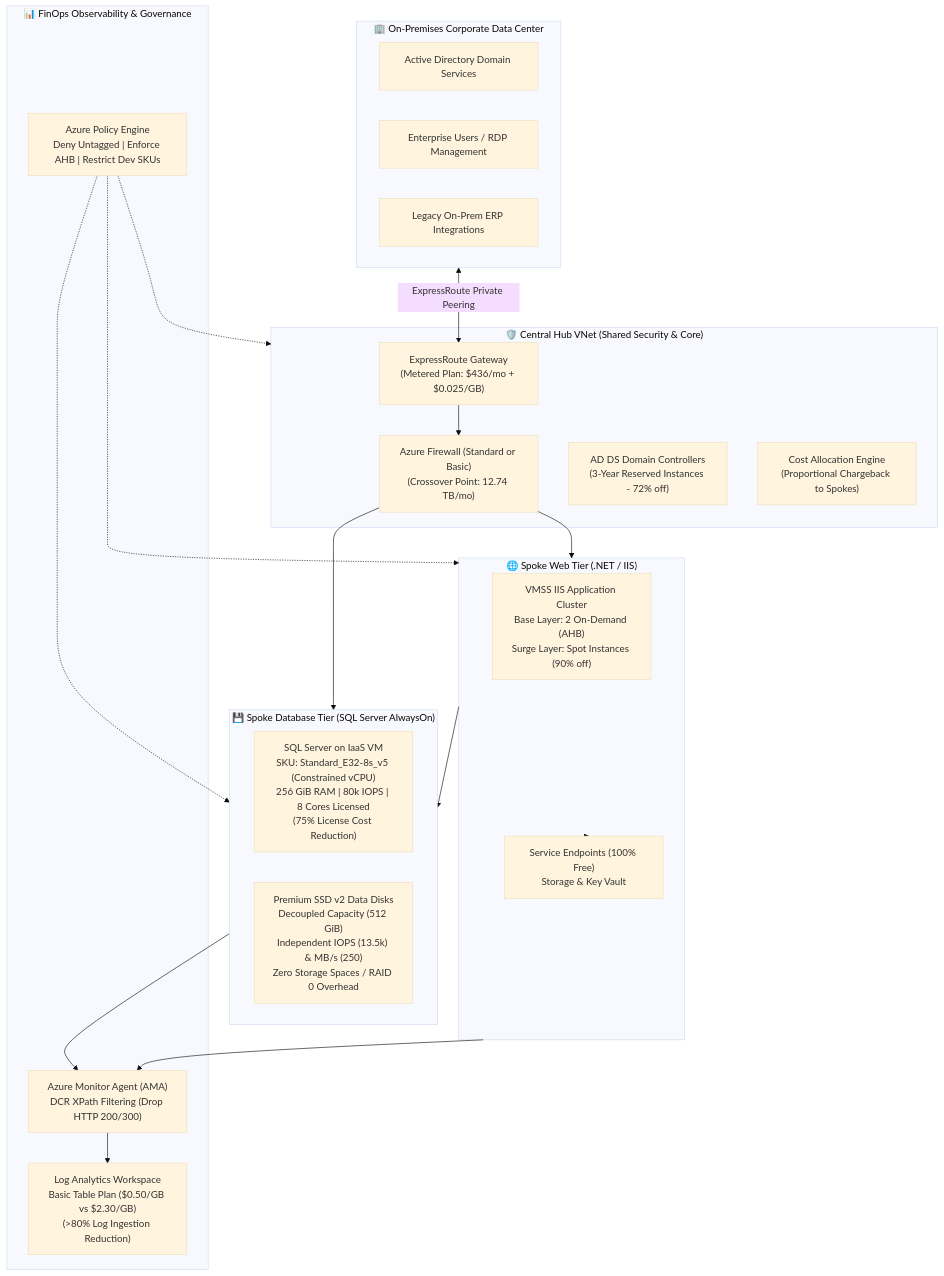
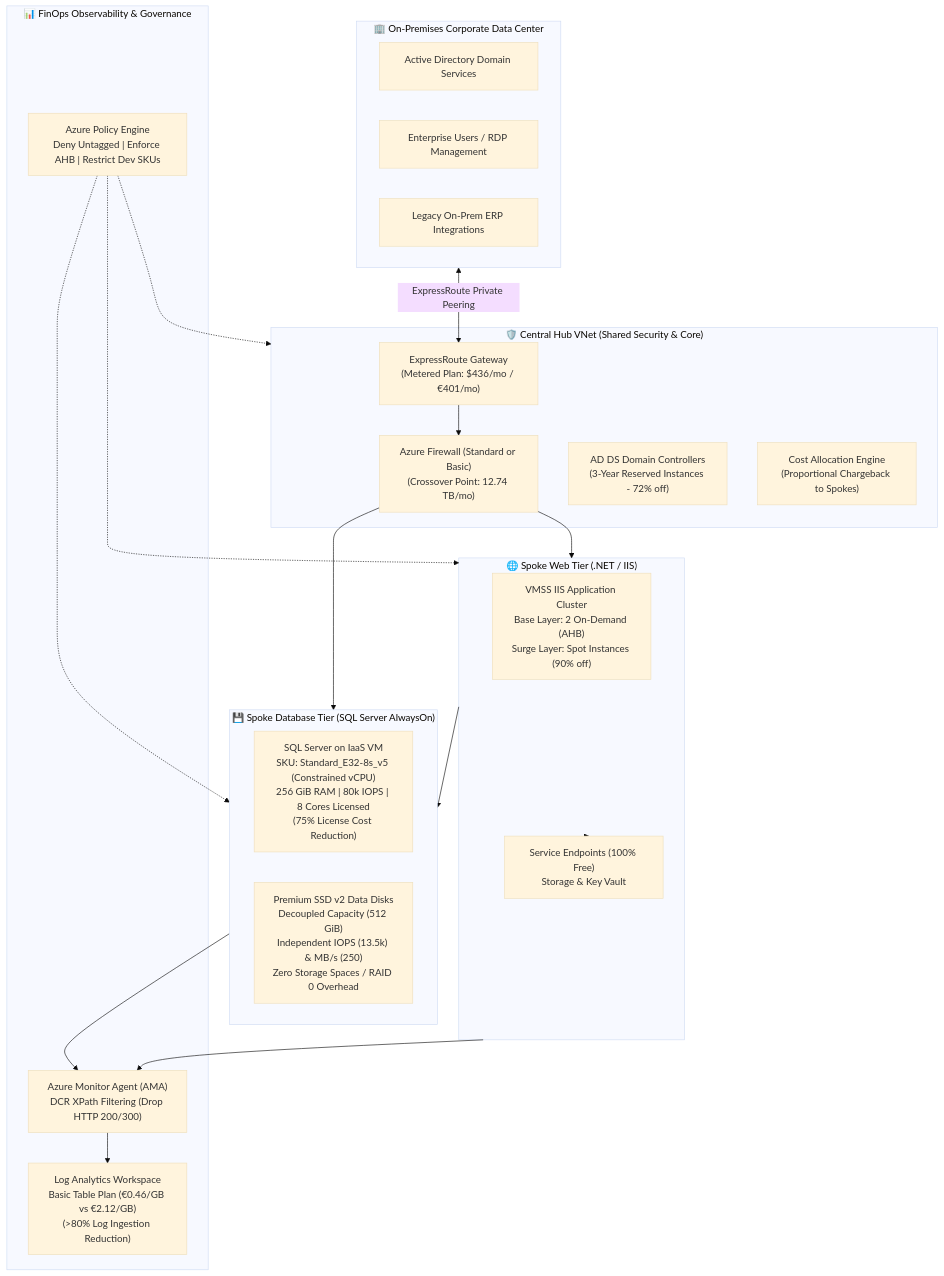
One commit to nubenetes/azure-hybrid-iaas-finops-framework changed the diagram in README.md. Above: the diagram before and after it, drawn with Mermaid (base theme). The commit also changed other lines of this file and 5 other files, not shown here.

````diff
--- a/README.md
+++ b/README.md
@@ -57,44 +57,44 @@
 ```mermaid
 flowchart TD
     subgraph OnPrem["🏢 On-Premises Corporate Data Center"]
         LocalAD["Active Directory Domain Services"]
         LocalClients["Enterprise Users / RDP Management"]
         LocalApp["Legacy On-Prem ERP Integrations"]
     end
 
     subgraph Hub["🛡️ Central Hub VNet (Shared Security & Core)"]
-        ERGW["ExpressRoute Gateway<br/>(Metered Plan: $436/mo + $0.025/GB)"]
+        ERGW["ExpressRoute Gateway<br/>(Metered Plan: $436/mo / €401/mo)"]
         FW["Azure Firewall (Standard or Basic)<br/>(Crossover Point: 12.74 TB/mo)"]
         ADReplicas["AD DS Domain Controllers<br/>(3-Year Reserved Instances - 72% off)"]
         CostAlloc["Cost Allocation Engine<br/>(Proportional Chargeback to Spokes)"]
     end
 
     subgraph SpokeWeb["🌐 Spoke Web Tier (.NET / IIS)"]
         VMSS["VMSS IIS Application Cluster<br/>Base Layer: 2 On-Demand (AHB)<br/>Surge Layer: Spot Instances (90% off)"]
         SvcEndP1["Service Endpoints (100% Free)<br/>Storage & Key Vault"]
     end
 
     subgraph SpokeDB["💾 Spoke Database Tier (SQL Server AlwaysOn)"]
         SQLVM["SQL Server on IaaS VM<br/>SKU: Standard_E32-8s_v5 (Constrained vCPU)<br/>256 GiB RAM | 80k IOPS | 8 Cores Licensed<br/>(75% License Cost Reduction)"]
         SSDV2["Premium SSD v2 Data Disks<br/>Decoupled Capacity (512 GiB)<br/>Independent IOPS (13.5k) & MB/s (250)<br/>Zero Storage Spaces / RAID 0 Overhead"]
     end
 
     subgraph Observability["📊 FinOps Observability & Governance"]
         AMA["Azure Monitor Agent (AMA)<br/>DCR XPath Filtering (Drop HTTP 200/300)"]
-        BasicTable["Log Analytics Workspace<br/>Basic Table Plan ($0.50/GB vs $2.30/GB)<br/>(>80% Log Ingestion Reduction)"]
+        BasicTable["Log Analytics Workspace<br/>Basic Table Plan (€0.46/GB vs €2.12/GB)<br/>(>80% Log Ingestion Reduction)"]
         PolicyEnforce["Azure Policy Engine<br/>Deny Untagged | Enforce AHB | Restrict Dev SKUs"]
     end
 
     OnPrem <-->|ExpressRoute Private Peering| ERGW
     ERGW --> FW
     FW --> SpokeWeb
     FW --> SpokeDB
     SpokeWeb --> SpokeDB
     SpokeWeb --> SvcEndP1
     SpokeWeb --> AMA
     SpokeDB --> AMA
     AMA --> BasicTable
     PolicyEnforce -.-> Hub
     PolicyEnforce -.-> SpokeWeb
     PolicyEnforce -.-> SpokeDB
 ```
````
